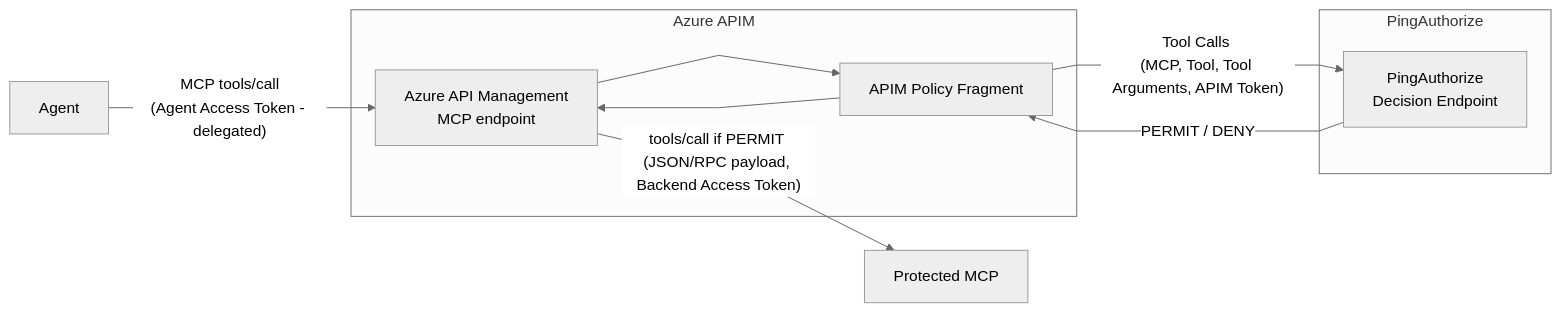
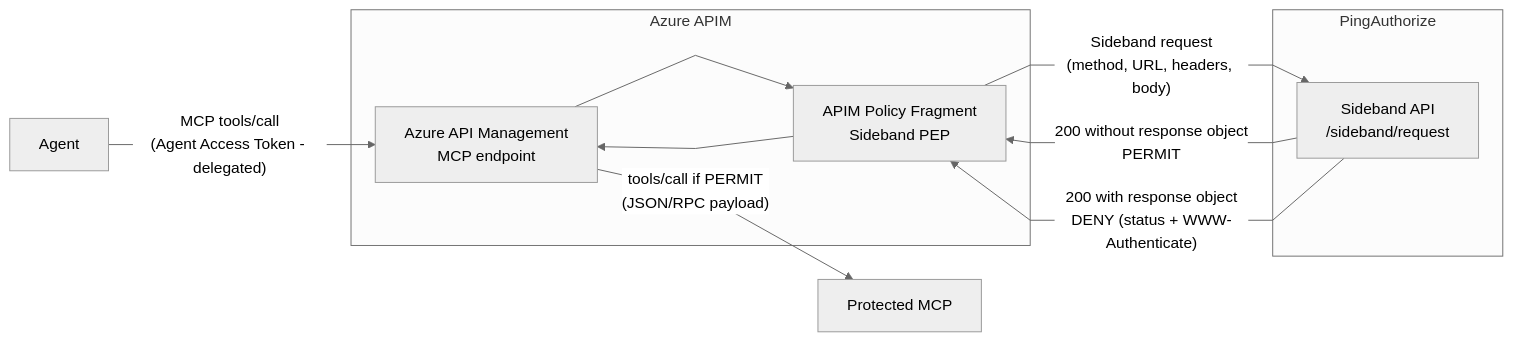
Before and after one commit to carbonefederico/blog-content: the diagram in _posts/2026-08-04-centralizing-mcp-authorization-with-p1authorize-part-1-azure-apim.md, drawn with Mermaid (neutral theme). The commit also changed other lines of this file and 3 other files, not shown here.

````diff
--- a/_posts/2026-08-04-centralizing-mcp-authorization-with-p1authorize-part-1-azure-apim.md
+++ b/_posts/2026-08-04-centralizing-mcp-authorization-with-p1authorize-part-1-azure-apim.md
@@ -57,22 +59,23 @@
 ```mermaid
 %%{init: {'flowchart': {'curve': 'linear'}}}%%
 flowchart LR
     C["Agent"]
     MCP["Protected MCP"]
 
     subgraph AZURE["Azure APIM"]
         APIM["Azure API Management\nMCP endpoint"]
-        FRAG["APIM Policy Fragment"]
+        FRAG["APIM Policy Fragment\nSideband PEP"]
     end
 
     subgraph PING["PingAuthorize"]
-        P1AZ["PingAuthorize\nDecision Endpoint"]
+        SB["Sideband API\n/sideband/request"]
     end
 
     C -->|"MCP tools/call\n(Agent Access Token - delegated)"| APIM
     APIM --> FRAG
-    FRAG -->|"Tool Calls \n(MCP, Tool, Tool Arguments, APIM Token)"| P1AZ
-    P1AZ -->|"PERMIT / DENY"| FRAG
+    FRAG -->|"Sideband request\n(method, URL, headers, body)"| SB
+    SB -->|"200 without response object\nPERMIT"| FRAG
+    SB -->|"200 with response object\nDENY (status + WWW-Authenticate)"| FRAG
     FRAG --> APIM
-    APIM -->|"tools/call if PERMIT \n(JSON/RPC payload, Backend Access Token)"| MCP
+    APIM -->|"tools/call if PERMIT\n(JSON/RPC payload)"| MCP
 ```
````
